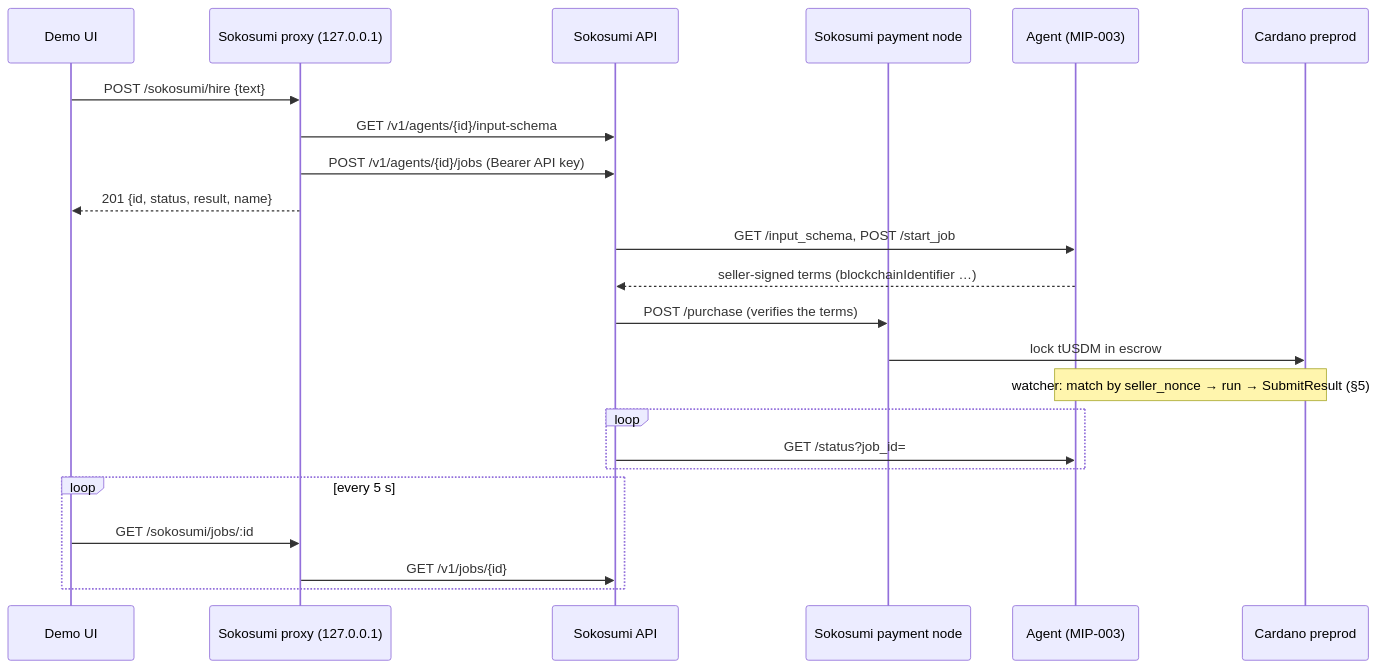
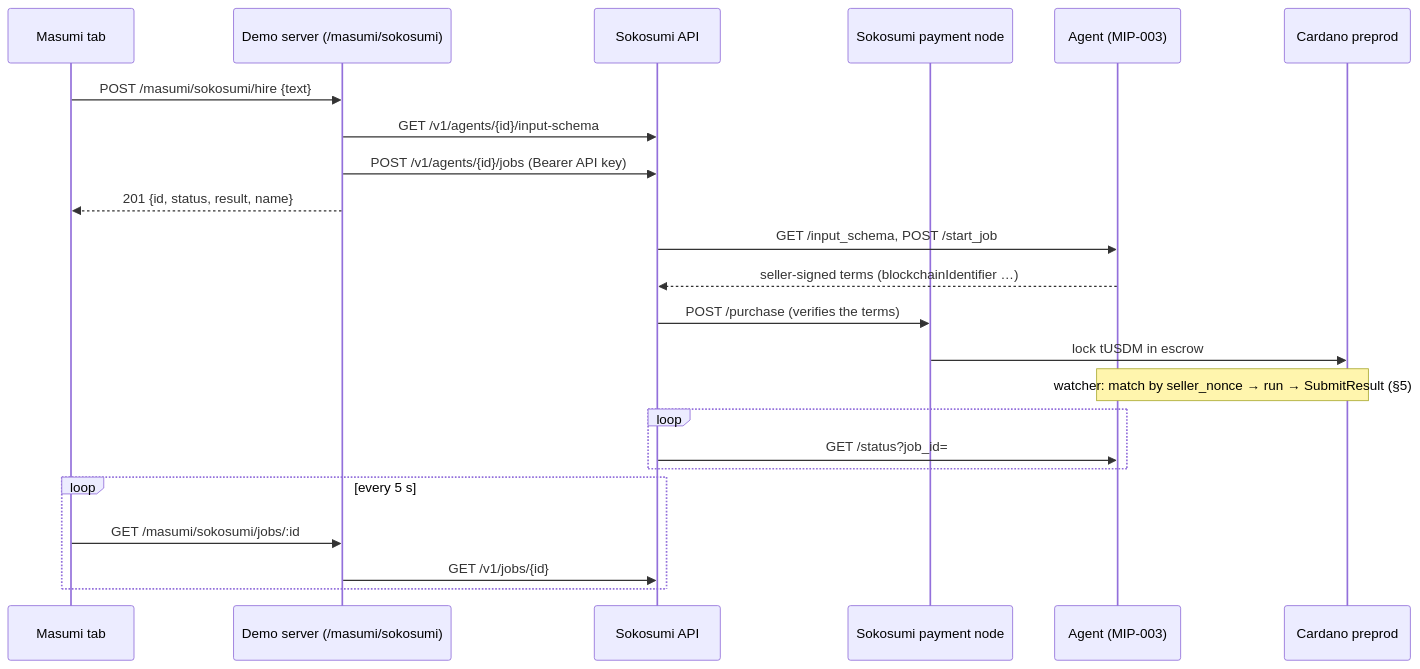
Before and after one commit to cardano-foundation/x402-cardano-demo: the third of 5 diagrams in masumi/docs/FLOWS.md, drawn with Mermaid. The commit also changed other lines of this file and 71 other files, not shown here.

Commit message:
feat: integrated masumi into current demo

````diff
--- a/masumi/docs/FLOWS.md
+++ b/masumi/docs/FLOWS.md
@@ -323,25 +331,25 @@
 ```mermaid
 sequenceDiagram
-  participant U as Demo UI
-  participant P as Sokosumi proxy (127.0.0.1)
+  participant U as Masumi tab
+  participant P as Demo server (/masumi/sokosumi)
   participant S as Sokosumi API
   participant N as Sokosumi payment node
   participant A as Agent (MIP-003)
   participant C as Cardano preprod
-  U->>P: POST /sokosumi/hire {text}
+  U->>P: POST /masumi/sokosumi/hire {text}
   P->>S: GET /v1/agents/{id}/input-schema
   P->>S: POST /v1/agents/{id}/jobs (Bearer API key)
   P-->>U: 201 {id, status, result, name}
   S->>A: GET /input_schema, POST /start_job
   A-->>S: seller-signed terms (blockchainIdentifier …)
   S->>N: POST /purchase (verifies the terms)
   N->>C: lock tUSDM in escrow
   Note over A,C: watcher: match by seller_nonce → run → SubmitResult (§5)
   loop
     S->>A: GET /status?job_id=
   end
   loop every 5 s
-    U->>P: GET /sokosumi/jobs/:id
+    U->>P: GET /masumi/sokosumi/jobs/:id
     P->>S: GET /v1/jobs/{id}
   end
 ```
````
